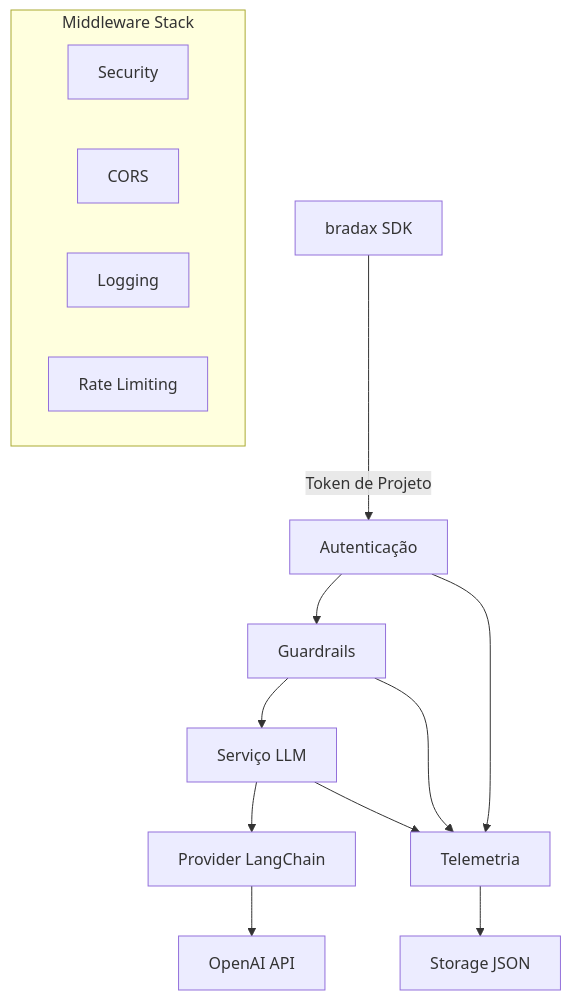
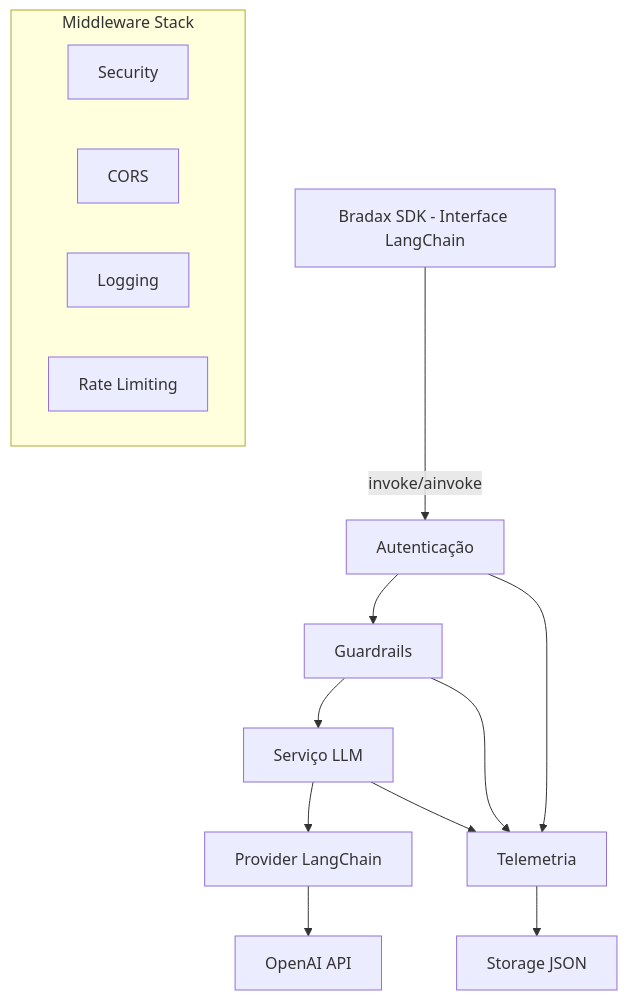
One commit to jowpereira/bradax changed the diagram in bradax-broker/README.md. Above: the diagram before and after it, drawn with Mermaid. The commit also changed other lines of this file and 42 other files, not shown here.

First line of the commit message:
refactor: consolidar interface LangChain e remover duplicações

````diff
--- a/bradax-broker/README.md
+++ b/bradax-broker/README.md
@@ -9,20 +9,20 @@
 ```mermaid
 graph TB
-    SDK[bradax SDK] -->|Token de Projeto| AUTH[Autenticação]
+    SDK[Bradax SDK - Interface LangChain] -->|invoke/ainvoke| AUTH[Autenticação]
     AUTH --> GUARD[Guardrails]
     GUARD --> LLM[Serviço LLM]
     LLM --> PROVIDER[Provider LangChain]
     PROVIDER --> OPENAI[OpenAI API]
     
     AUTH --> TELEM[Telemetria]
     GUARD --> TELEM
     LLM --> TELEM
     TELEM --> STORAGE[Storage JSON]
     
     subgraph "Middleware Stack"
         SECURITY[Security]
         CORS[CORS]
         LOGGING[Logging]
         RATE[Rate Limiting]
     end
 ```
````
